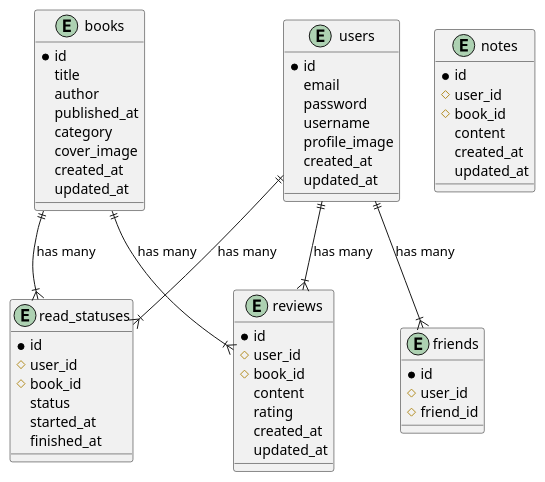
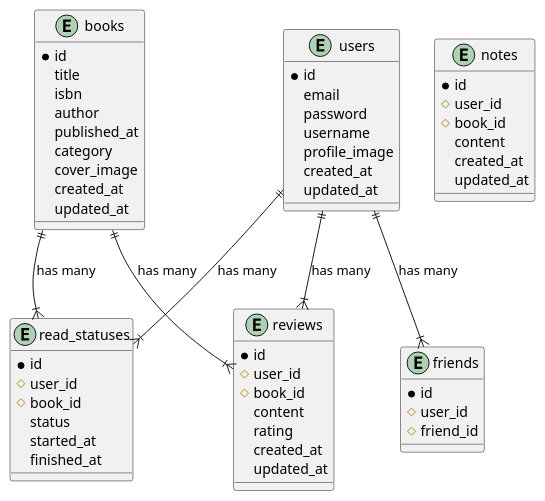
Before and after one commit to tker-78/booktracker: the diagram in diagram.pu, drawn with PlantUML. The commit also changed 11 other files, not shown here.

```diff
--- a/diagram.pu
+++ b/diagram.pu
@@ -1,63 +1,64 @@
 @startuml
 entity users {
   * id
   email
   password
   username
   profile_image
   created_at
   updated_at
 }
 
 entity books {
   * id
   title
+  isbn
   author
   published_at
   category
   cover_image
   created_at
   updated_at
 }
 
 entity reviews {
   * id
   # user_id
   # book_id
   content
   rating
   created_at
   updated_at
 }
 
 entity friends {
   * id
   # user_id
   # friend_id
 }
 
 entity read_statuses {
   * id
   # user_id
   # book_id
   status
   started_at
   finished_at
 }
 
 entity notes {
   * id
   # user_id
   # book_id
   content
   created_at
   updated_at
 }
 
 users ||--|{ reviews : has many
 users ||--|{ friends : has many
 users ||--|{ read_statuses : has many
 books ||--|{ reviews : has many
 books ||--|{ read_statuses : has many
 
 @enduml
```
